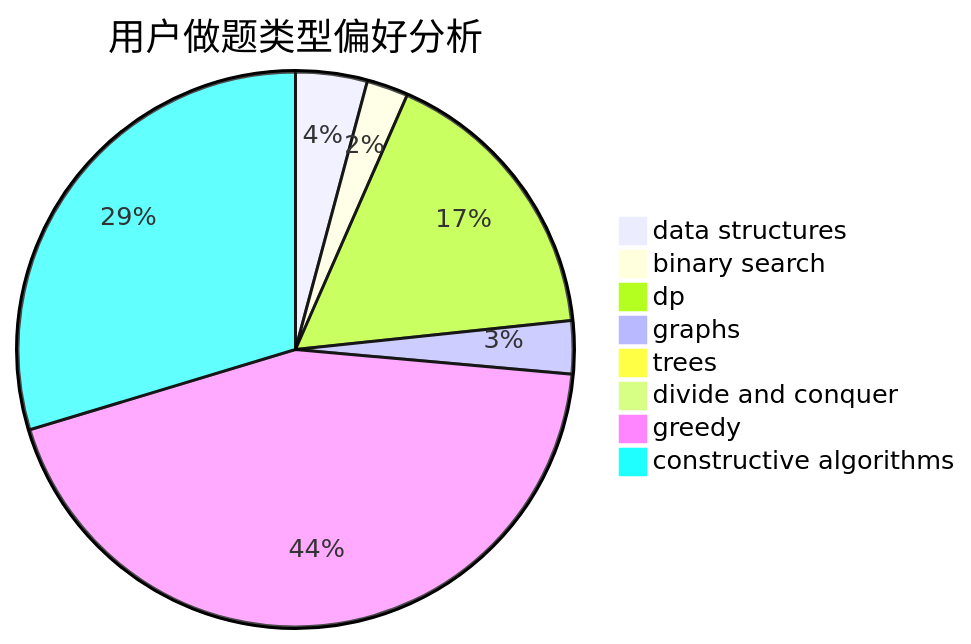
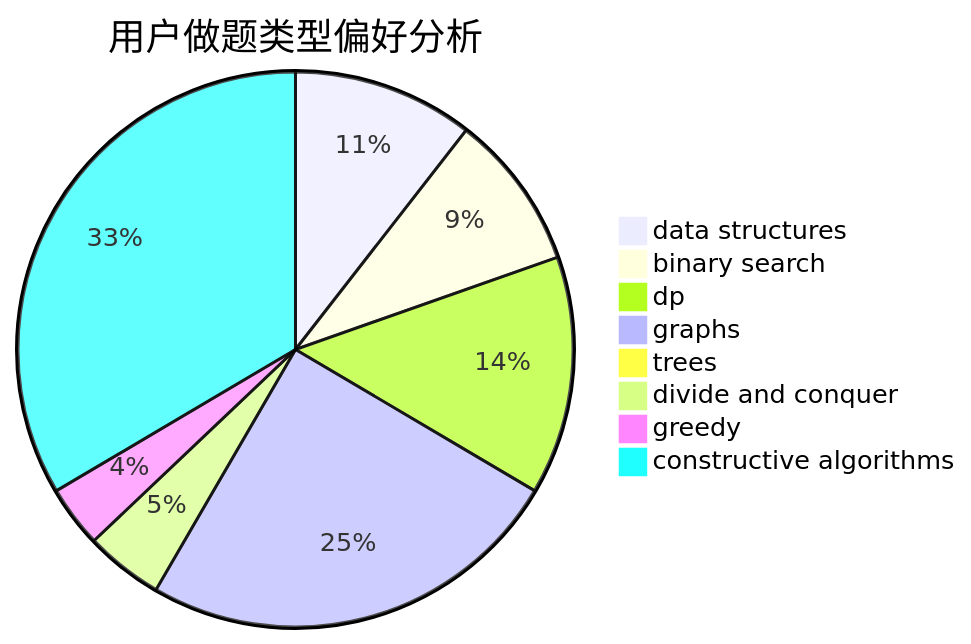
Before and after one commit to sherpahu/cfrs.github.io: the second of 3 diagrams in docs/user/u2418.md, drawn with Mermaid. The commit also changed other lines of this file and 2770 other files, not shown here.

````diff
--- a/docs/user/u2418.md
+++ b/docs/user/u2418.md
@@ -23,11 +23,11 @@
 ```mermaid
 pie title 用户做题类型偏好分析
-    "data structures" :  50
-    "binary search" :  29
-    "dp" :  201
-    "graphs" :  37
-    "trees" :  9
-    "divide and conquer" :  0
-    "greedy" :  527
-    "constructive algorithms" :  356
+    "data structures" :  44
+    "binary search" :  38
+    "dp" :  58
+    "graphs" :  104
+    "trees" :  0
+    "divide and conquer" :  19
+    "greedy" :  15
+    "constructive algorithms" :  140
 ```
````
